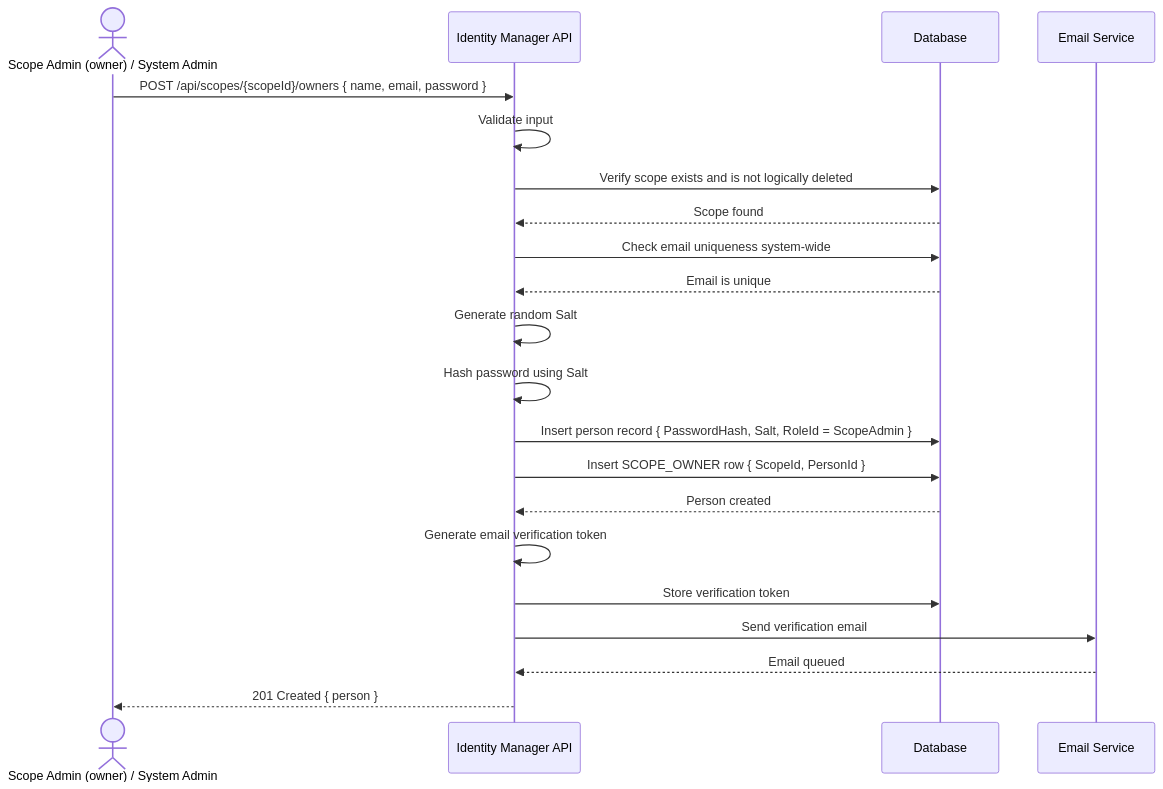
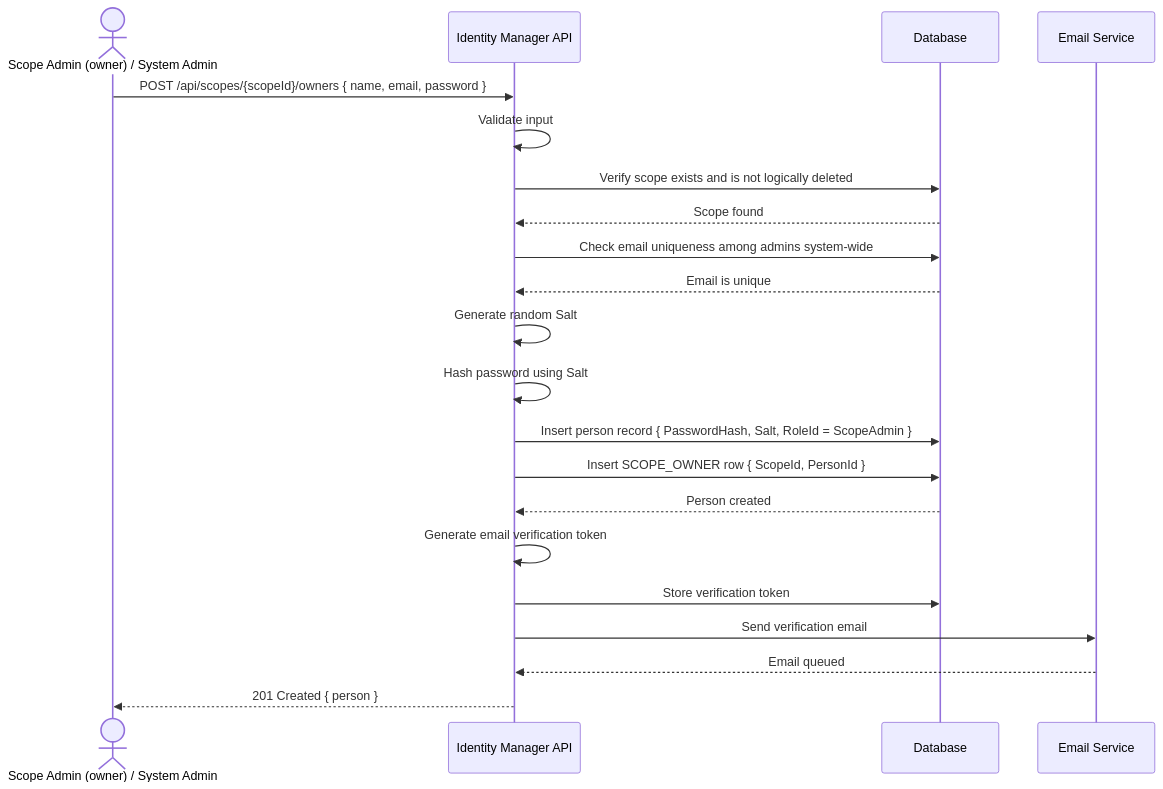
One commit to artur-rios/heimdall-api changed the fifth of 18 diagrams in docs/requirements/Use Case Specification Document.md. Above: the diagram before and after it, drawn with Mermaid. The commit also changed other lines of this file and 25 other files, not shown here.

````diff
--- a/docs/requirements/Use Case Specification Document.md
+++ b/docs/requirements/Use Case Specification Document.md
@@ -347,24 +374,24 @@
 ```mermaid
 sequenceDiagram
     actor Owner as Scope Admin (owner) / System Admin
     participant API as Identity Manager API
     participant DB as Database
     participant ES as Email Service
 
     Owner->>API: POST /api/scopes/{scopeId}/owners { name, email, password }
     API->>API: Validate input
     API->>DB: Verify scope exists and is not logically deleted
     DB-->>API: Scope found
-    API->>DB: Check email uniqueness system-wide
+    API->>DB: Check email uniqueness among admins system-wide
     DB-->>API: Email is unique
     API->>API: Generate random Salt
     API->>API: Hash password using Salt
     API->>DB: Insert person record { PasswordHash, Salt, RoleId = ScopeAdmin }
     API->>DB: Insert SCOPE_OWNER row { ScopeId, PersonId }
     DB-->>API: Person created
     API->>API: Generate email verification token
     API->>DB: Store verification token
     API->>ES: Send verification email
     ES-->>API: Email queued
     API-->>Owner: 201 Created { person }
 ```
````
